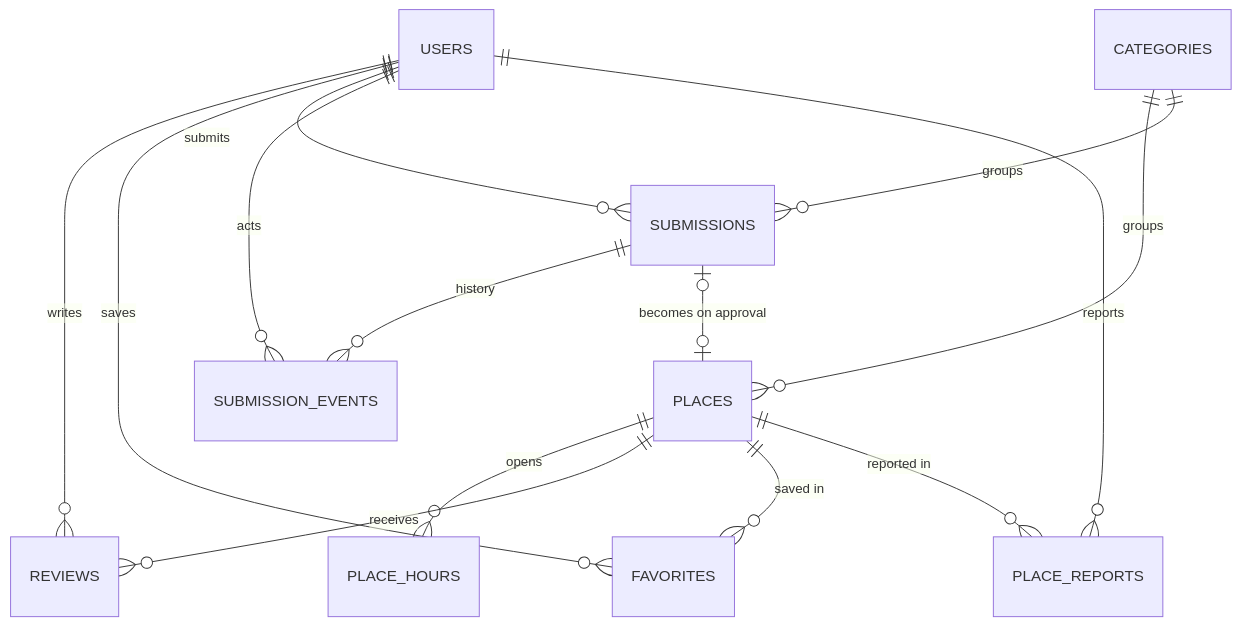
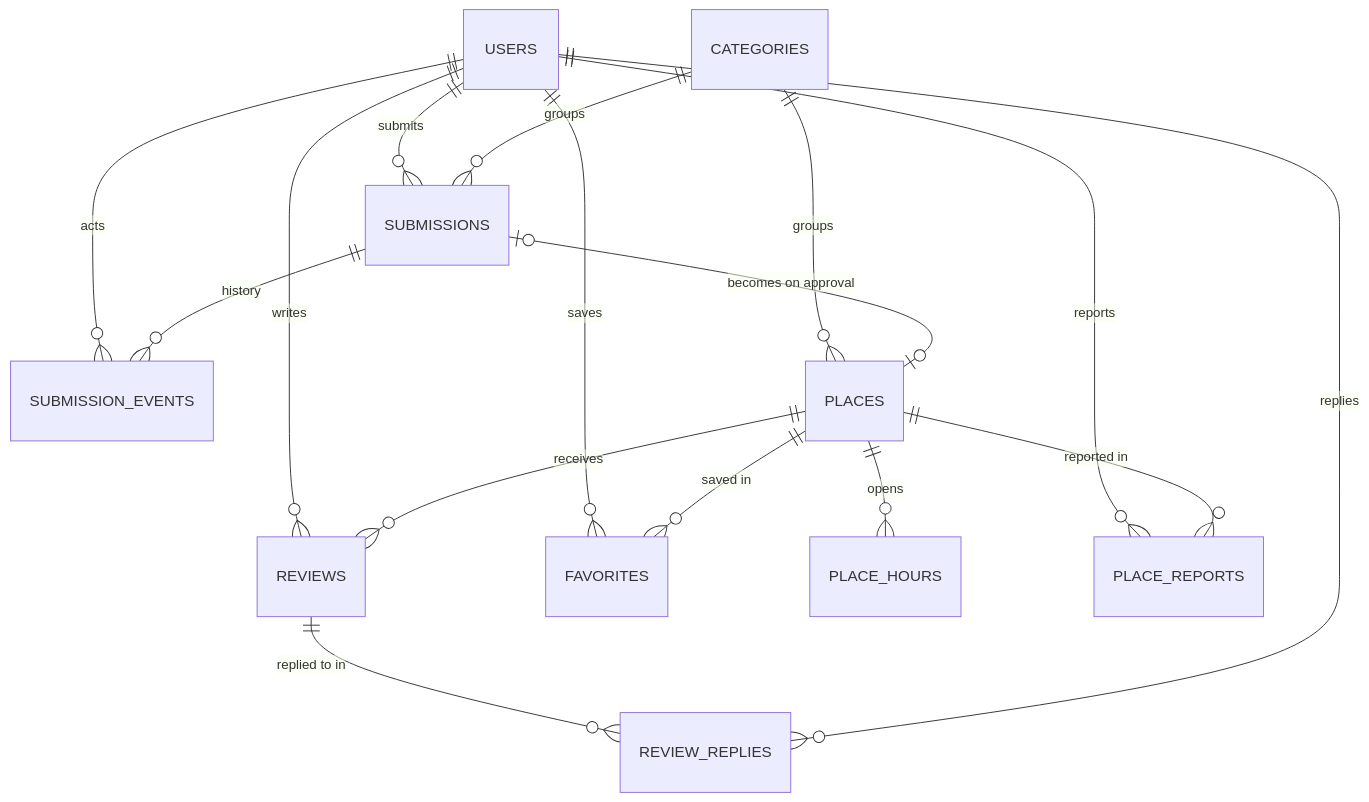
The third of 3 diagrams in docs/DESIGN.md (F1wzu/Server-Side-Project-2026), drawn with Mermaid before and after one commit. The commit also changed other lines of this file and 107 other files, not shown here.

````diff
--- a/docs/DESIGN.md
+++ b/docs/DESIGN.md
@@ -106,16 +111,18 @@
 ```mermaid
 erDiagram
     USERS ||--o{ REVIEWS : writes
     USERS ||--o{ FAVORITES : saves
     USERS ||--o{ SUBMISSIONS : submits
     USERS ||--o{ SUBMISSION_EVENTS : acts
     CATEGORIES ||--o{ PLACES : groups
     CATEGORIES ||--o{ SUBMISSIONS : groups
     PLACES ||--o{ PLACE_HOURS : opens
     PLACES ||--o{ REVIEWS : receives
+    REVIEWS ||--o{ REVIEW_REPLIES : "replied to in"
+    USERS ||--o{ REVIEW_REPLIES : replies
     PLACES ||--o{ FAVORITES : "saved in"
     SUBMISSIONS ||--o{ SUBMISSION_EVENTS : history
     SUBMISSIONS |o--o| PLACES : "becomes on approval"
     USERS ||--o{ PLACE_REPORTS : reports
     PLACES ||--o{ PLACE_REPORTS : "reported in"
 ```
````
